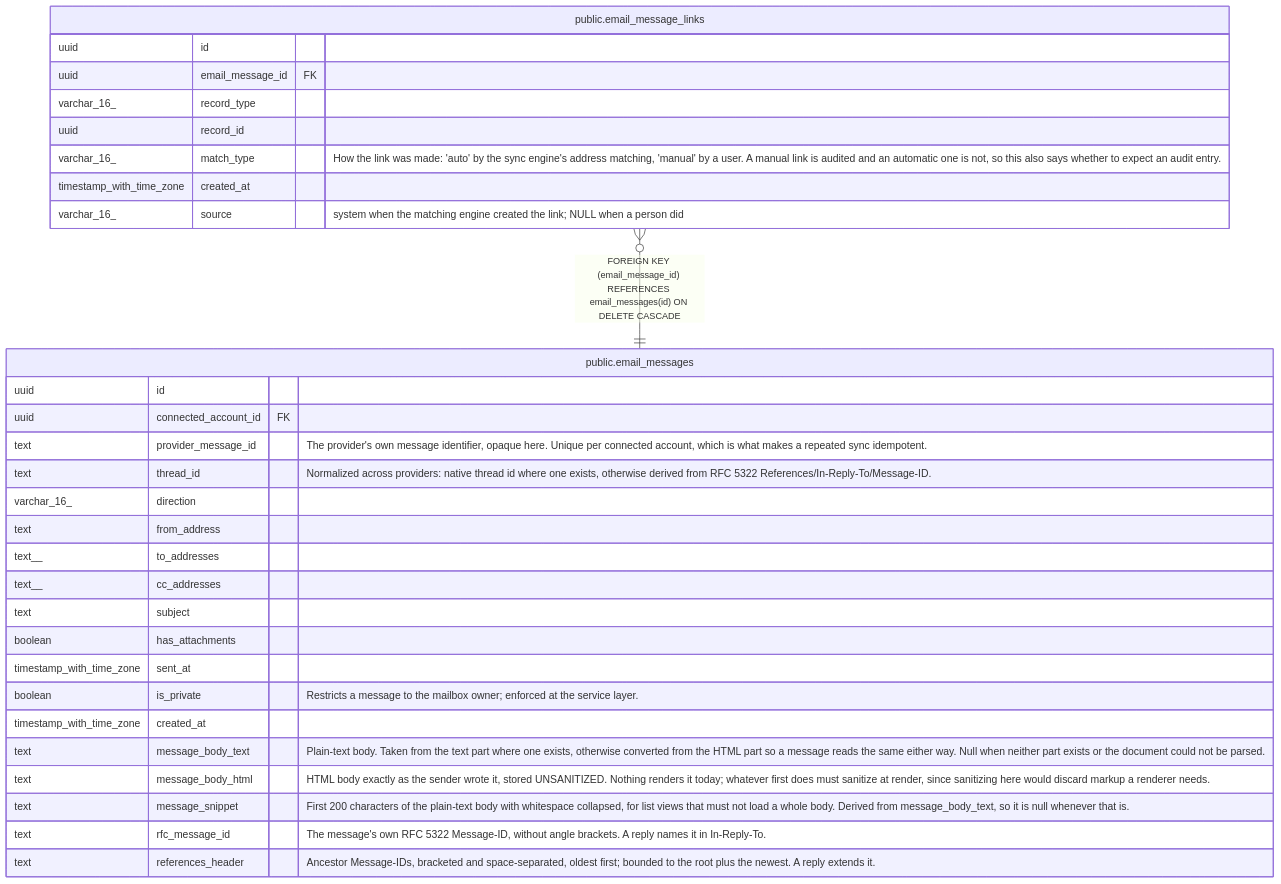
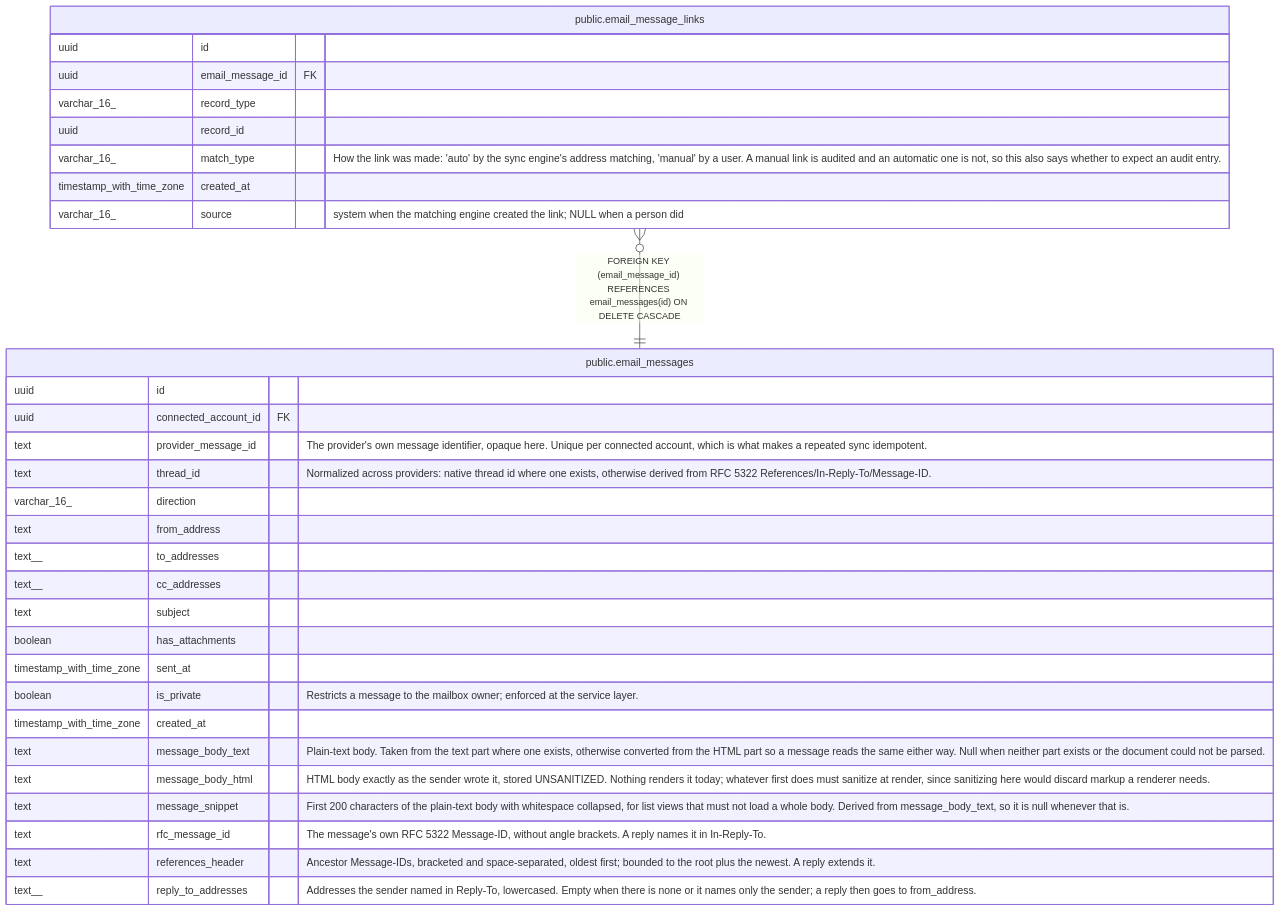
The diagram in docs/schema/public.email_message_links.md (rkseattle/minicrm), drawn with Mermaid before and after one commit. The commit also changed 23 other files, not shown here.

First line of the commit message:
MINCRM-580 - reply to a message's Reply-To address

````diff
--- a/docs/schema/public.email_message_links.md
+++ b/docs/schema/public.email_message_links.md
@@ -40,35 +40,36 @@
 ```mermaid
 erDiagram
 
 "public.email_message_links" }o--|| "public.email_messages" : "FOREIGN KEY (email_message_id) REFERENCES email_messages(id) ON DELETE CASCADE"
 
 "public.email_message_links" {
   uuid id ""
   uuid email_message_id FK ""
   varchar_16_ record_type ""
   uuid record_id ""
   varchar_16_ match_type "How the link was made: 'auto' by the sync engine's address matching, 'manual' by a user. A manual link is audited and an automatic one is not, so this also says whether to expect an audit entry."
   timestamp_with_time_zone created_at ""
   varchar_16_ source "system when the matching engine created the link; NULL when a person did"
 }
 "public.email_messages" {
   uuid id ""
   uuid connected_account_id FK ""
   text provider_message_id "The provider's own message identifier, opaque here. Unique per connected account, which is what makes a repeated sync idempotent."
   text thread_id "Normalized across providers: native thread id where one exists, otherwise derived from RFC 5322 References/In-Reply-To/Message-ID."
   varchar_16_ direction ""
   text from_address ""
   text__ to_addresses ""
   text__ cc_addresses ""
   text subject ""
   boolean has_attachments ""
   timestamp_with_time_zone sent_at ""
   boolean is_private "Restricts a message to the mailbox owner; enforced at the service layer."
   timestamp_with_time_zone created_at ""
   text message_body_text "Plain-text body. Taken from the text part where one exists, otherwise converted from the HTML part so a message reads the same either way. Null when neither part exists or the document could not be parsed."
   text message_body_html "HTML body exactly as the sender wrote it, stored UNSANITIZED. Nothing renders it today; whatever first does must sanitize at render, since sanitizing here would discard markup a renderer needs."
   text message_snippet "First 200 characters of the plain-text body with whitespace collapsed, for list views that must not load a whole body. Derived from message_body_text, so it is null whenever that is."
   text rfc_message_id "The message's own RFC 5322 Message-ID, without angle brackets. A reply names it in In-Reply-To."
   text references_header "Ancestor Message-IDs, bracketed and space-separated, oldest first; bounded to the root plus the newest. A reply extends it."
+  text__ reply_to_addresses "Addresses the sender named in Reply-To, lowercased. Empty when there is none or it names only the sender; a reply then goes to from_address."
 }
 ```
````
